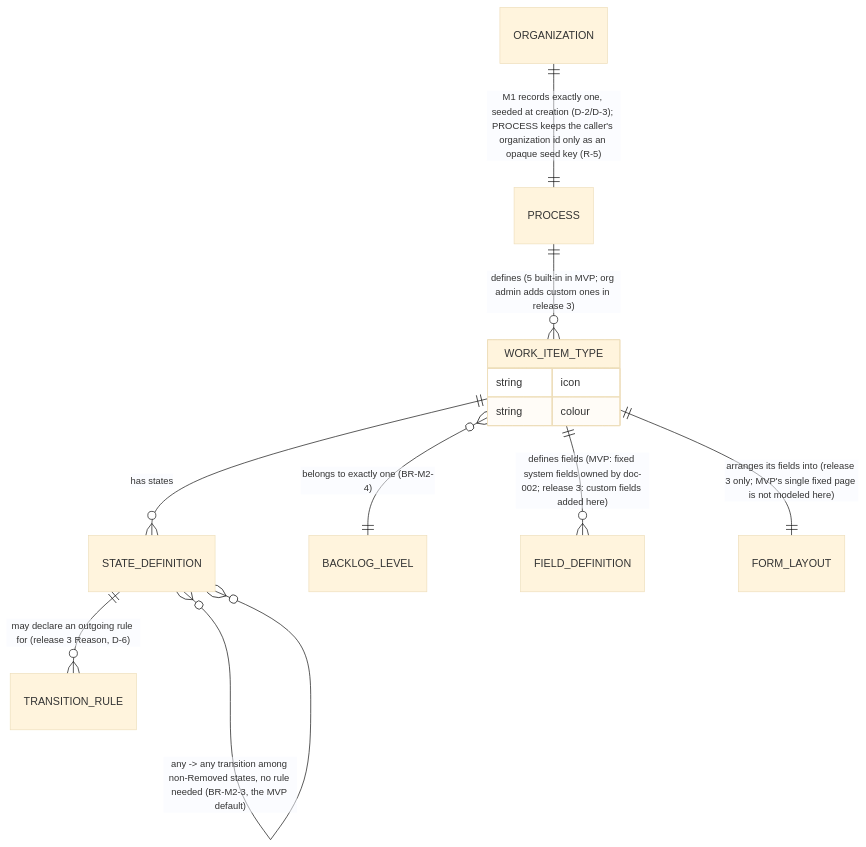
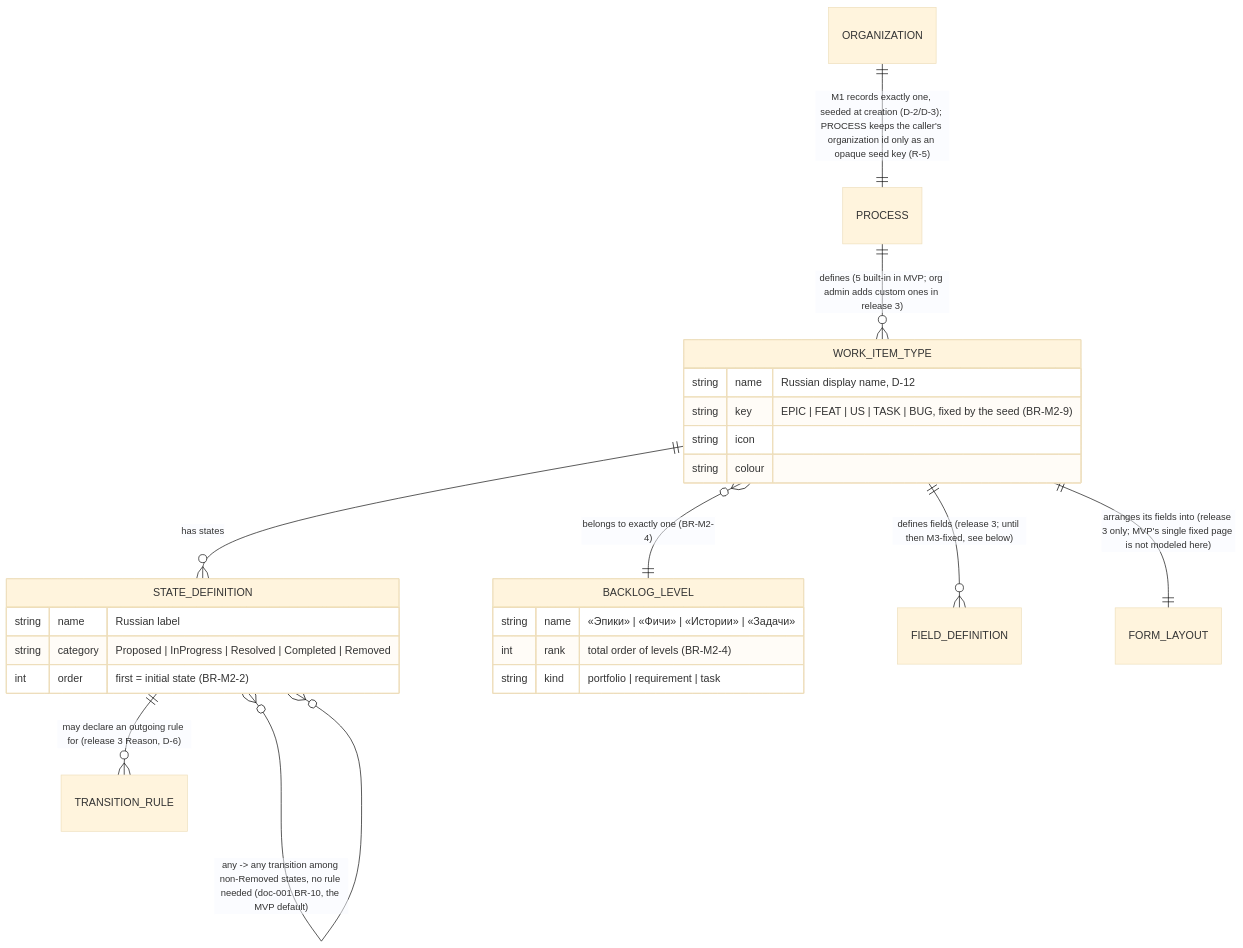
The first of 2 diagrams in docs/features/doc-007-process-customization/spec.md (totKtoXam/mustask), drawn with Mermaid (base theme) before and after one commit. The commit also changed other lines of this file and 89 other files, not shown here.

````diff
--- a/docs/features/doc-007-process-customization/spec.md
+++ b/docs/features/doc-007-process-customization/spec.md
@@ -49,15 +52,27 @@
 ```mermaid
 erDiagram
     WORK_ITEM_TYPE {
+        string name "Russian display name, D-12"
+        string key "EPIC | FEAT | US | TASK | BUG, fixed by the seed (BR-M2-9)"
         string icon
         string colour
+    }
+    STATE_DEFINITION {
+        string name "Russian label"
+        string category "Proposed | InProgress | Resolved | Completed | Removed"
+        int order "first = initial state (BR-M2-2)"
+    }
+    BACKLOG_LEVEL {
+        string name "«Эпики» | «Фичи» | «Истории» | «Задачи»"
+        int rank "total order of levels (BR-M2-4)"
+        string kind "portfolio | requirement | task"
     }
     ORGANIZATION ||--|| PROCESS : "M1 records exactly one, seeded at creation (D-2/D-3); PROCESS keeps the caller's organization id only as an opaque seed key (R-5)"
     PROCESS ||--o{ WORK_ITEM_TYPE : "defines (5 built-in in MVP; org admin adds custom ones in release 3)"
     WORK_ITEM_TYPE ||--o{ STATE_DEFINITION : "has states"
     WORK_ITEM_TYPE }o--|| BACKLOG_LEVEL : "belongs to exactly one (BR-M2-4)"
-    WORK_ITEM_TYPE ||--o{ FIELD_DEFINITION : "defines fields (MVP: fixed system fields owned by doc-002; release 3: custom fields added here)"
+    WORK_ITEM_TYPE ||--o{ FIELD_DEFINITION : "defines fields (release 3; until then M3-fixed, see below)"
     WORK_ITEM_TYPE ||--|| FORM_LAYOUT : "arranges its fields into (release 3 only; MVP's single fixed page is not modeled here)"
     STATE_DEFINITION ||--o{ TRANSITION_RULE : "may declare an outgoing rule for (release 3 Reason, D-6)"
-    STATE_DEFINITION }o--o{ STATE_DEFINITION : "any -> any transition among non-Removed states, no rule needed (BR-M2-3, the MVP default)"
+    STATE_DEFINITION }o--o{ STATE_DEFINITION : "any -> any transition among non-Removed states, no rule needed (doc-001 BR-10, the MVP default)"
 ```
````
